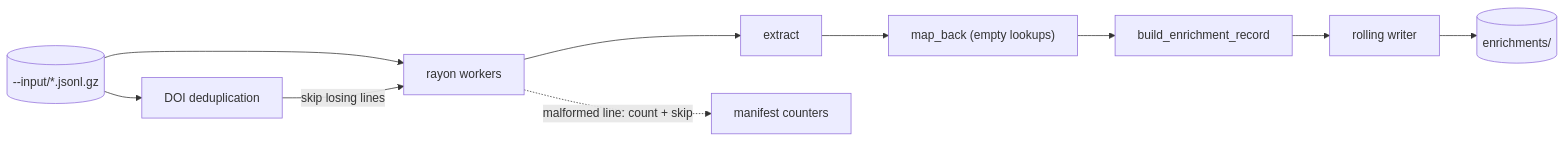
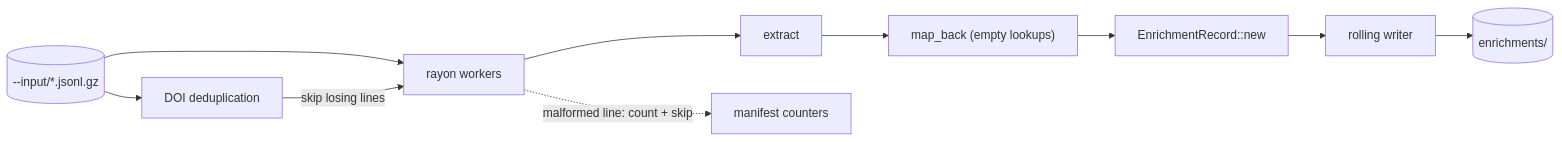
The third of 5 diagrams in docs/architecture.md (cometadata/comet-enrich), drawn with Mermaid before and after one commit. The commit also changed other lines of this file and 19 other files, not shown here.

Commit message:
Re-name key to contentKey and use EnrichmentRecord struct to consolidate enrichment record parsing

````diff
--- a/docs/architecture.md
+++ b/docs/architecture.md
@@ -111,12 +111,12 @@
 ```mermaid
 flowchart LR
     input[("--input/*.jsonl.gz")] --> select["DOI deduplication"]
     input --> scan["rayon workers"]
     select -->|skip losing lines| scan
     scan --> extract["extract"]
     extract --> mapback["map_back (empty lookups)"]
-    mapback --> build["build_enrichment_record"]
+    mapback --> build["EnrichmentRecord::new"]
     build --> writer["rolling writer"]
     writer --> parts[("enrichments/")]
     scan -.->|"malformed line: count + skip"| counters["manifest counters"]
 ```
````
